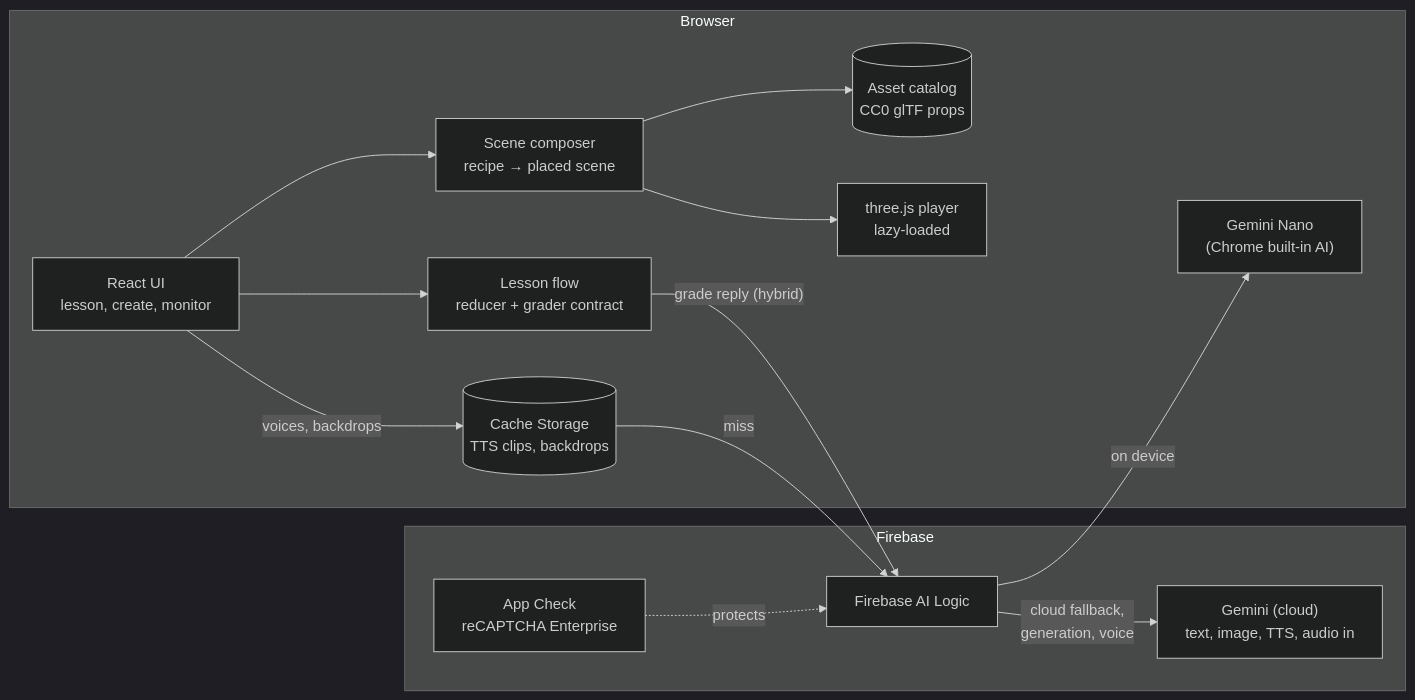
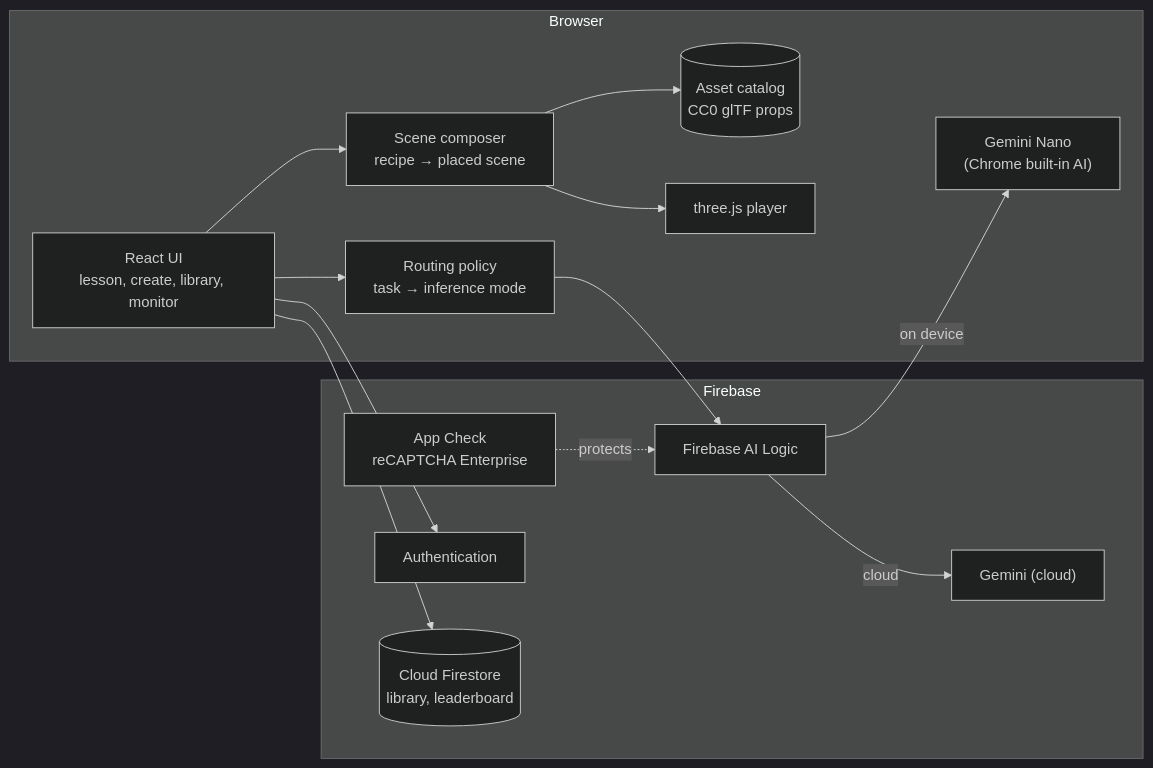
One commit to Xlient/SceneSpeak changed the diagram in README.md. Above: the diagram before and after it, drawn with Mermaid (dark theme). The commit also changed other lines of this file and 5 other files, not shown here.

````diff
--- a/README.md
+++ b/README.md
@@ -47,26 +122,27 @@
 ```mermaid
 flowchart LR
   subgraph Browser
-    UI["React UI<br/>lesson, create, monitor"]
-    Lesson["Lesson flow<br/>reducer + grader contract"]
+    UI["React UI<br/>lesson, create, library, monitor"]
+    Route["Routing policy<br/>task → inference mode"]
     Composer["Scene composer<br/>recipe → placed scene"]
     Catalog[("Asset catalog<br/>CC0 glTF props")]
-    Player["three.js player<br/>lazy-loaded"]
-    Cache[("Cache Storage<br/>TTS clips, backdrops")]
+    Player["three.js player"]
     Nano["Gemini Nano<br/>(Chrome built-in AI)"]
   end
   subgraph Firebase
     AC["App Check<br/>reCAPTCHA Enterprise"]
     AIL["Firebase AI Logic"]
-    Gemini["Gemini (cloud)<br/>text, image, TTS, audio in"]
+    Gemini["Gemini (cloud)"]
+    Auth["Authentication"]
+    FS[("Cloud Firestore<br/>library, leaderboard")]
   end
 
-  UI --> Lesson
+  UI --> Route --> AIL
+  AIL -- "on device" --> Nano
+  AIL -- "cloud" --> Gemini
+  AC -. "protects" .-> AIL
   UI --> Composer --> Catalog
   Composer --> Player
-  Lesson -- "grade reply (hybrid)" --> AIL
-  AIL -- "on device" --> Nano
-  AIL -- "cloud fallback,<br/>generation, voice" --> Gemini
-  AC -. "protects" .-> AIL
-  UI -- "voices, backdrops" --> Cache -- "miss" --> AIL
+  UI --> Auth
+  UI --> FS
 ```
````
